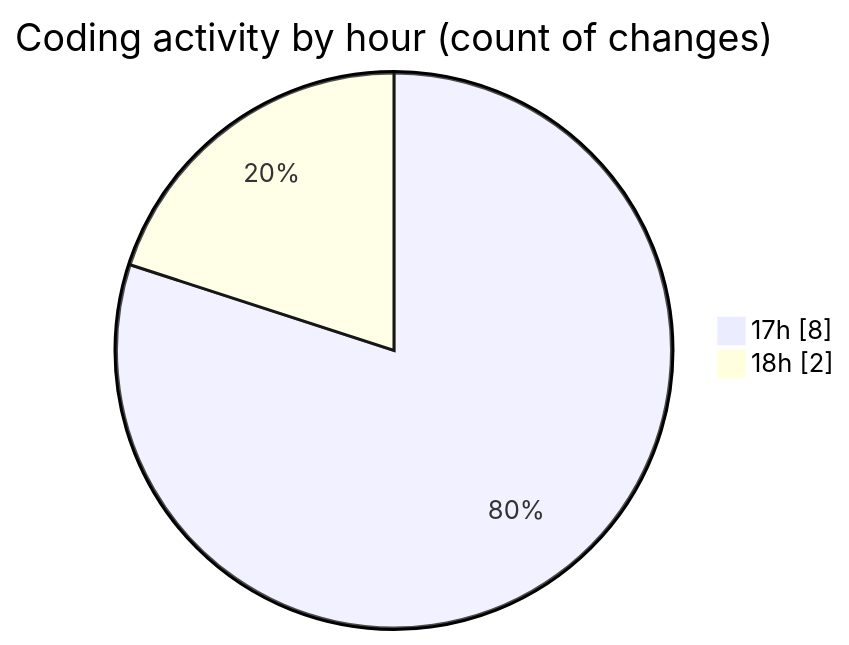
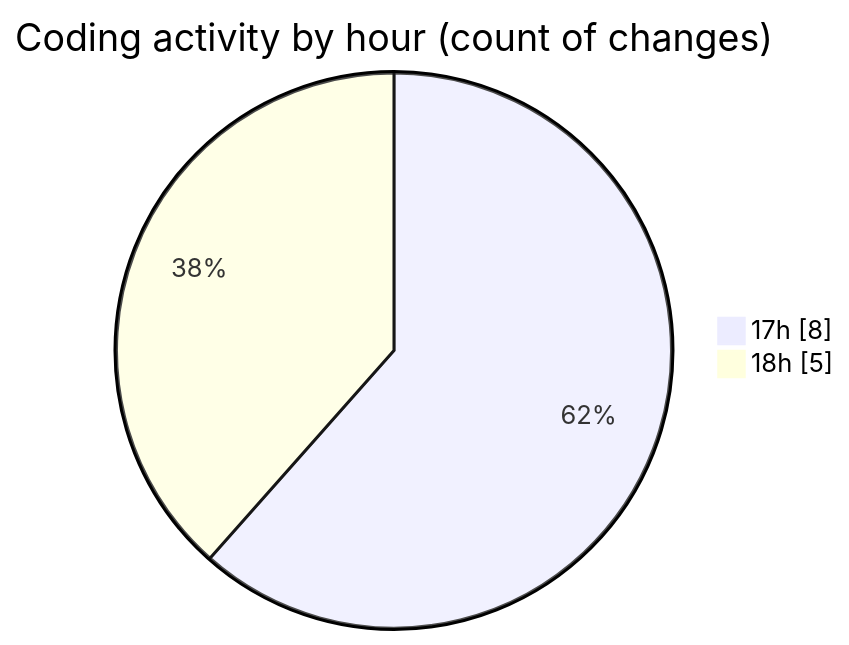
The second of 2 diagrams in 2025-02-20/coding_prac_6/README.md (NitaiMahat/code-tracking), drawn with Mermaid before and after one commit. The commit also changed other lines of this file and 1 other file, not shown here.

````diff
--- a/2025-02-20/coding_prac_6/README.md
+++ b/2025-02-20/coding_prac_6/README.md
@@ -30,6 +31,6 @@
 ```mermaid
 pie showData
 title Coding activity by hour (count of changes)
 "17h" : 8
-"18h" : 2
+"18h" : 5
 ```
````
